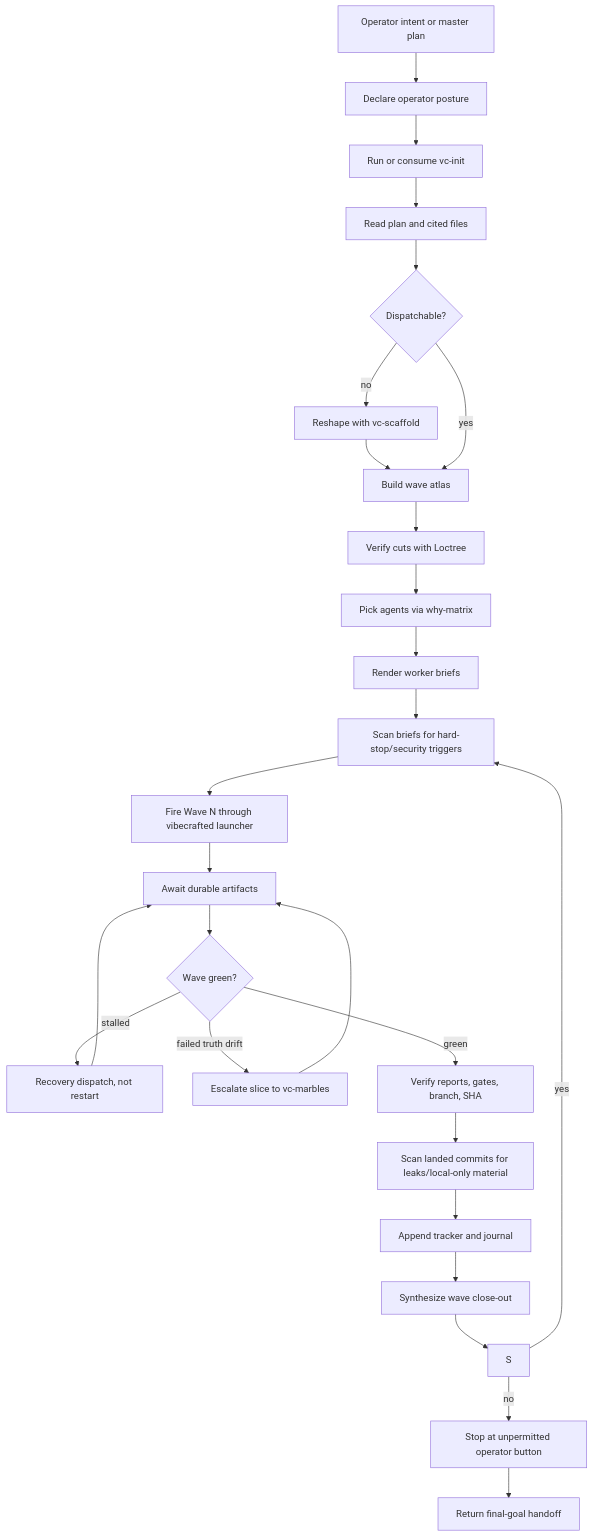
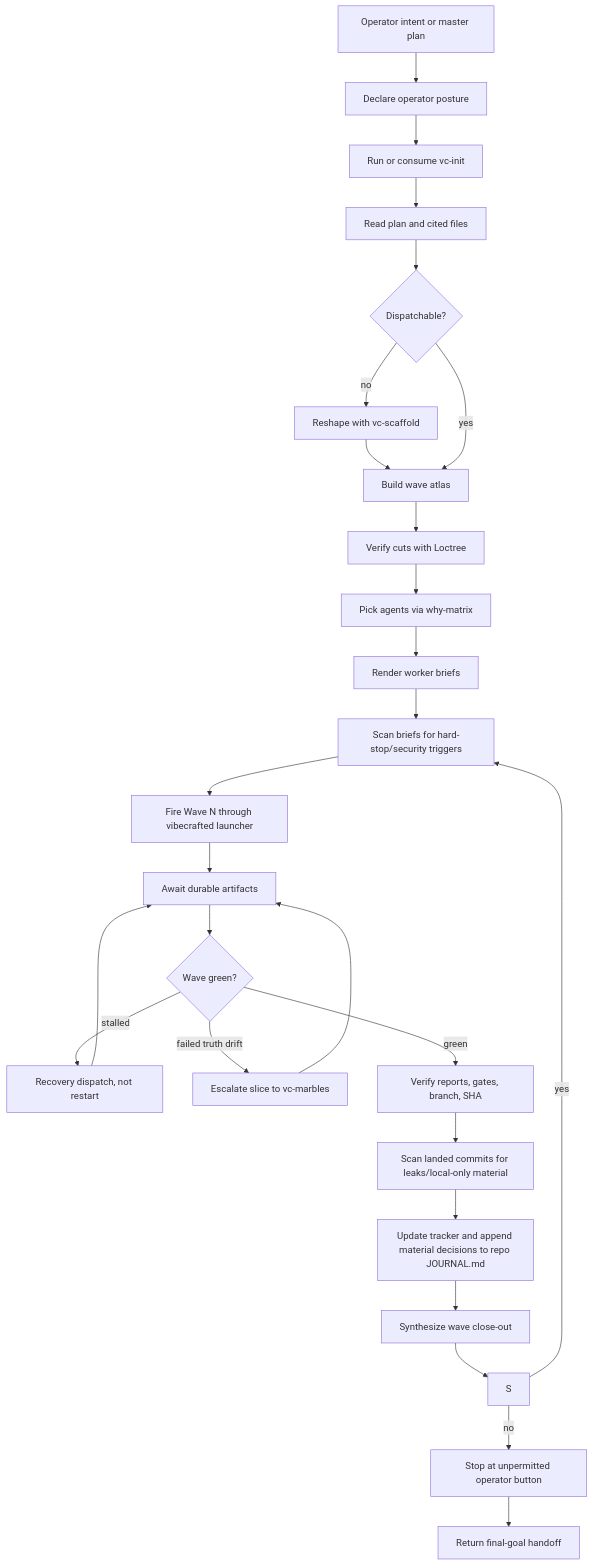
The diagram in vibecrafted-core/vibecrafted_core/skills/pl/vc-operator/FLOW.md (VetCoders/vibecrafted), drawn with Mermaid before and after one commit. The commit also changed other lines of this file and 16 other files, not shown here.

````diff
--- a/vibecrafted-core/vibecrafted_core/skills/pl/vc-operator/FLOW.md
+++ b/vibecrafted-core/vibecrafted_core/skills/pl/vc-operator/FLOW.md
@@ -10,30 +10,30 @@
 ```mermaid
 flowchart TD
     A[Operator intent or master plan] --> B[Declare operator posture]
     B --> C[Run or consume vc-init]
     C --> D[Read plan and cited files]
     D --> E{Dispatchable?}
     E -->|no| F[Reshape with vc-scaffold]
     F --> G[Build wave atlas]
     E -->|yes| G
 
     G --> H[Verify cuts with Loctree]
     H --> I[Pick agents via why-matrix]
     I --> J[Render worker briefs]
     J --> K[Scan briefs for hard-stop/security triggers]
     K --> L[Fire Wave N through vibecrafted launcher]
     L --> M[Await durable artifacts]
     M --> N{Wave green?}
     N -->|stalled| O[Recovery dispatch, not restart]
     O --> M
     N -->|failed truth drift| P[Escalate slice to vc-marbles]
     P --> M
     N -->|green| Q[Verify reports, gates, branch, SHA]
     Q --> R[Scan landed commits for leaks/local-only material]
-    R --> T[Append tracker and journal]
+    R --> T[Update tracker and append material decisions to repo JOURNAL.md]
     T --> U[Synthesize wave close-out]
     U --> S
     S -->|yes| K
     S -->|no| V[Stop at unpermitted operator button]
     V --> W[Return final-goal handoff]
 ```
````
